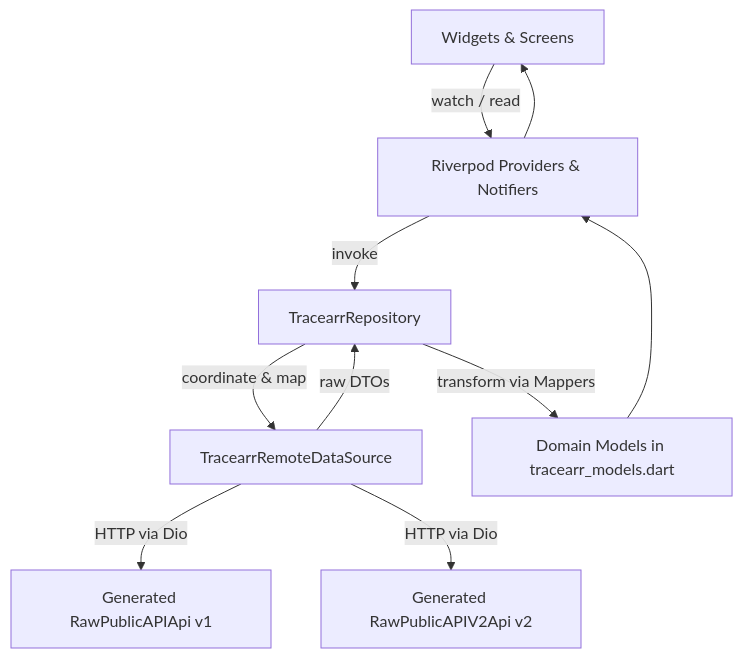
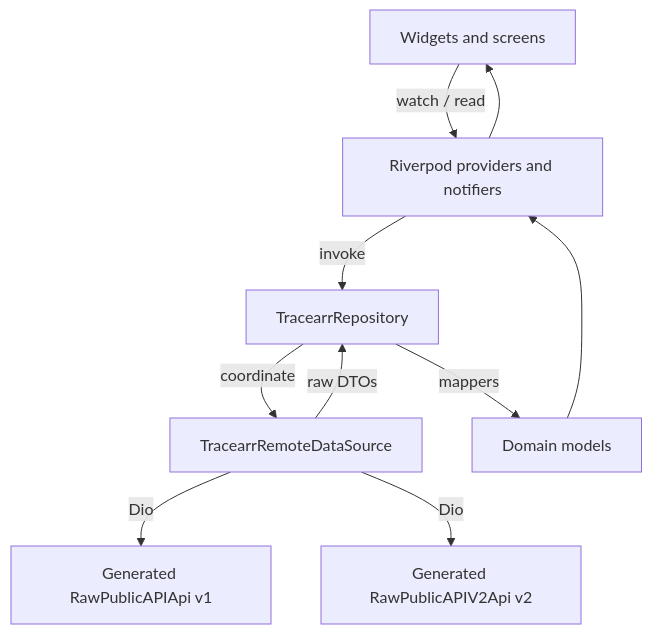
One commit to Bhavyashah94/Atrium changed the diagram in services/service_tracearr/docs/README.md. Above: the diagram before and after it, drawn with Mermaid. The commit also changed other lines of this file and 4 other files, not shown here.

````diff
--- a/services/service_tracearr/docs/README.md
+++ b/services/service_tracearr/docs/README.md
@@ -28,12 +29,12 @@
 ```mermaid
 graph TD
-    UI[Widgets & Screens] -->|watch / read| Providers[Riverpod Providers & Notifiers]
+    UI[Widgets and screens] -->|watch / read| Providers[Riverpod providers and notifiers]
     Providers -->|invoke| Repository[TracearrRepository]
-    Repository -->|coordinate & map| RemoteDataSource[TracearrRemoteDataSource]
-    RemoteDataSource -->|HTTP via Dio| ApiV1[Generated RawPublicAPIApi v1]
-    RemoteDataSource -->|HTTP via Dio| ApiV2[Generated RawPublicAPIV2Api v2]
+    Repository -->|coordinate| RemoteDataSource[TracearrRemoteDataSource]
+    RemoteDataSource -->|Dio| ApiV1[Generated RawPublicAPIApi v1]
+    RemoteDataSource -->|Dio| ApiV2[Generated RawPublicAPIV2Api v2]
     RemoteDataSource -->|raw DTOs| Repository
-    Repository -->|transform via Mappers| Models[Domain Models in tracearr_models.dart]
+    Repository -->|mappers| Models[Domain models]
     Models --> Providers
     Providers --> UI
 ```
````
